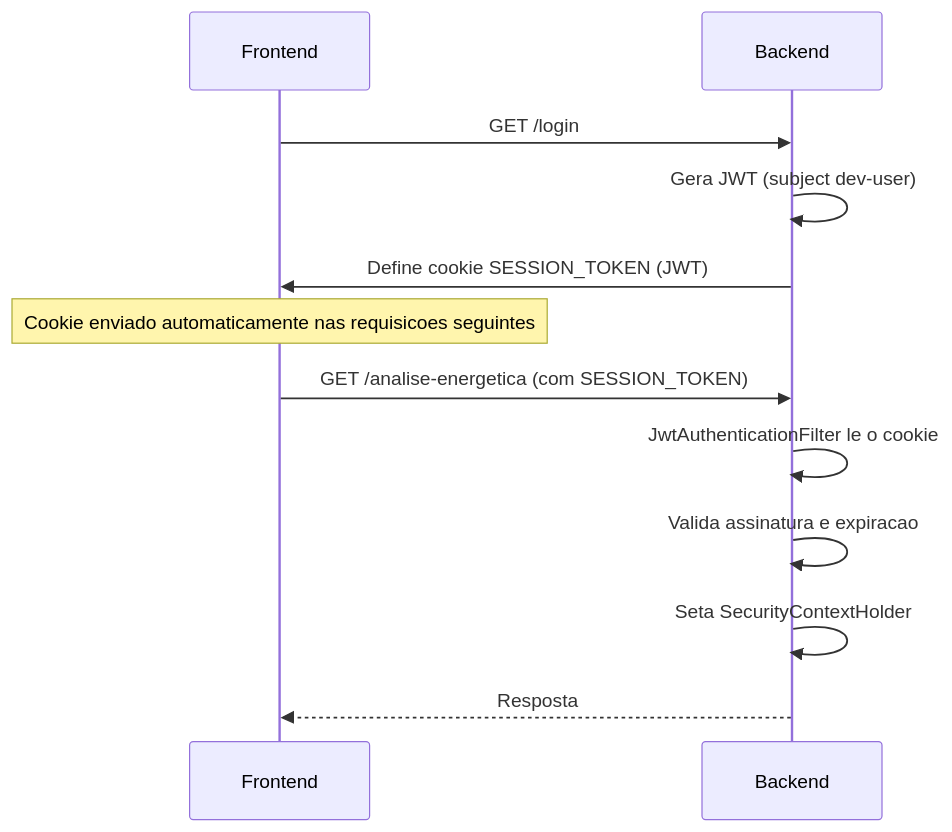
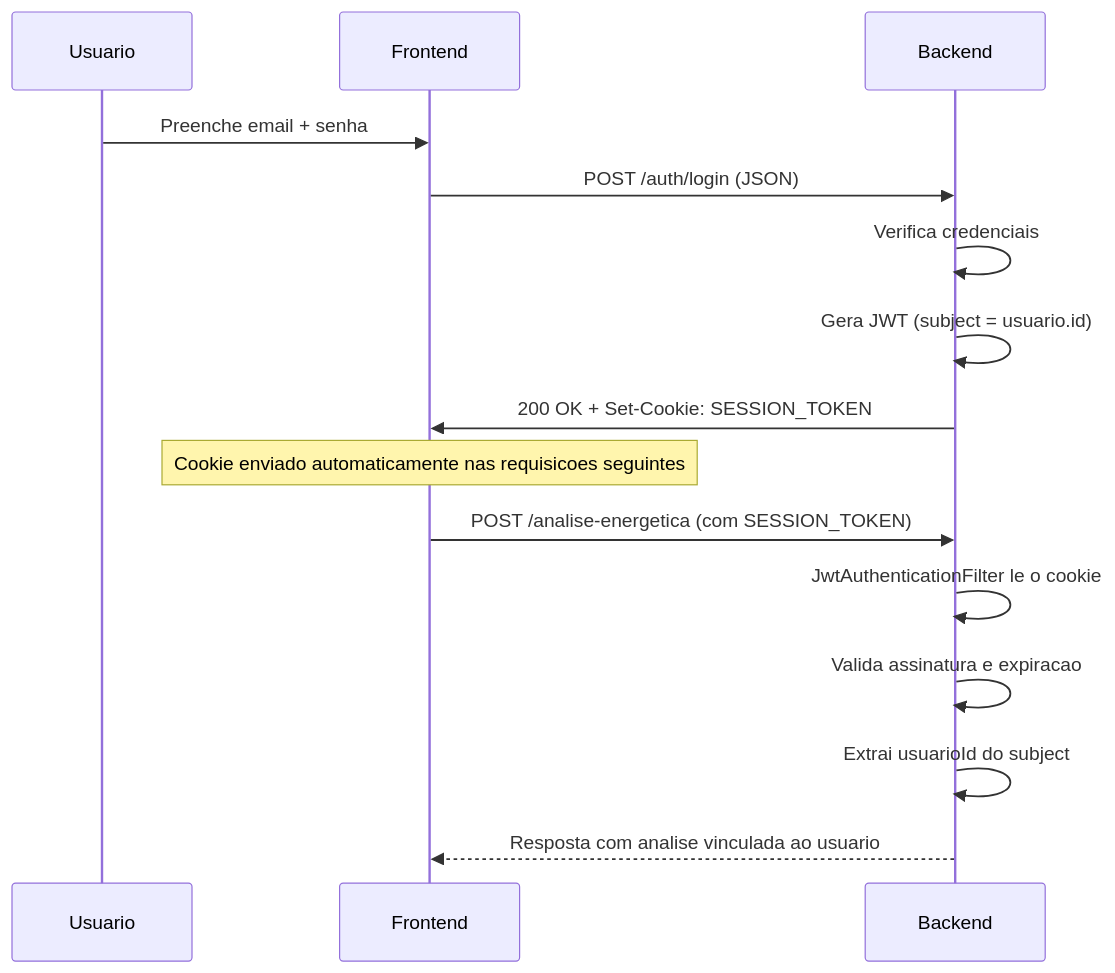
One commit to DessimA/gambia changed the diagram in docs/security.md. Above: the diagram before and after it, drawn with Mermaid. The commit also changed other lines of this file and 9 other files, not shown here.

````diff
--- a/docs/security.md
+++ b/docs/security.md
@@ -10,15 +11,18 @@
 ```mermaid
 sequenceDiagram
+    participant User as Usuario
     participant FE as Frontend
     participant BE as Backend
 
-    FE->>BE: GET /login
-    BE->>BE: Gera JWT (subject dev-user)
-    BE->>FE: Define cookie SESSION_TOKEN (JWT)
+    User->>FE: Preenche email + senha
+    FE->>BE: POST /auth/login (JSON)
+    BE->>BE: Verifica credenciais
+    BE->>BE: Gera JWT (subject = usuario.id)
+    BE->>FE: 200 OK + Set-Cookie: SESSION_TOKEN
     Note over FE: Cookie enviado automaticamente nas requisicoes seguintes
-    FE->>BE: GET /analise-energetica (com SESSION_TOKEN)
+    FE->>BE: POST /analise-energetica (com SESSION_TOKEN)
     BE->>BE: JwtAuthenticationFilter le o cookie
     BE->>BE: Valida assinatura e expiracao
-    BE->>BE: Seta SecurityContextHolder
-    BE-->>FE: Resposta
+    BE->>BE: Extrai usuarioId do subject
+    BE-->>FE: Resposta com analise vinculada ao usuario
 ```
````
